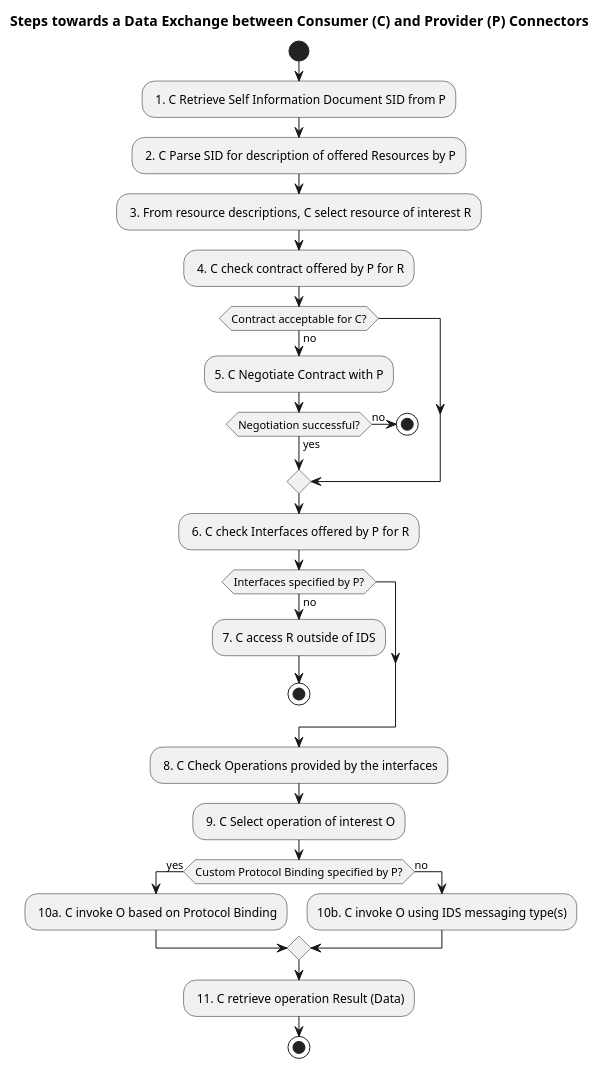
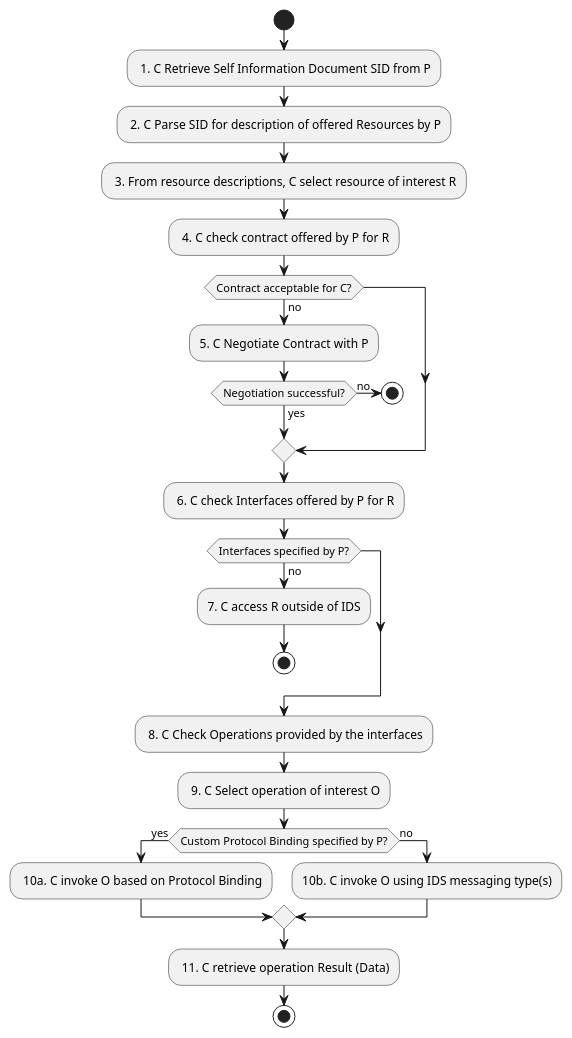
Before and after one commit to IndustrialDataSpace/Documentation: the diagram in connector_connector_interaction.plantuml, drawn with PlantUML.

Commit message:
remove figure title

```diff
--- a/connector_connector_interaction.plantuml
+++ b/connector_connector_interaction.plantuml
@@ -1,42 +1,40 @@
 @startuml
 
 start
-
-title Steps towards a Data Exchange between Consumer (C) and Provider (P) Connectors
 
 : 1. C Retrieve Self Information Document SID from P;
 : 2. C Parse SID for description of offered Resources by P;
 : 3. From resource descriptions, C select resource of interest R;
 : 4. C check contract offered by P for R;
 
 if (Contract acceptable for C?) then (no)
     :5. C Negotiate Contract with P;
 
     if (Negotiation successful?) then (yes)
         else (no)
             stop
     endif
 endif
 
 : 6. C check Interfaces offered by P for R;
 
 if (Interfaces specified by P?) then (no)
     :7. C access R outside of IDS;
     stop
 endif
 
 : 8. C Check Operations provided by the interfaces;
 : 9. C Select operation of interest O;
 
 if (Custom Protocol Binding specified by P?) then (yes)
     : 10a. C invoke O based on Protocol Binding;
 
     else (no)
     :10b. C invoke O using IDS messaging type(s);
 endif
 
 : 11. C retrieve operation Result (Data);
 
 stop
 
 @enduml
```
